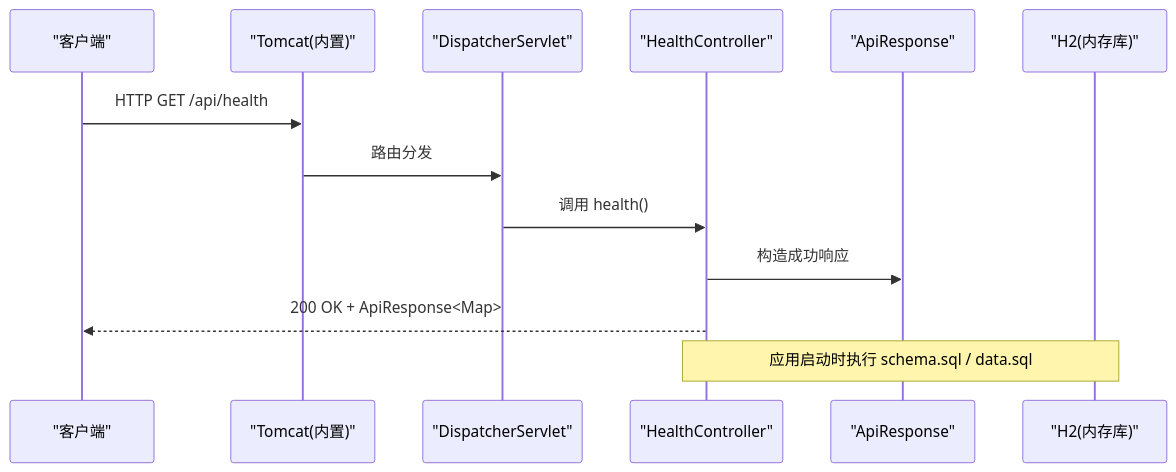
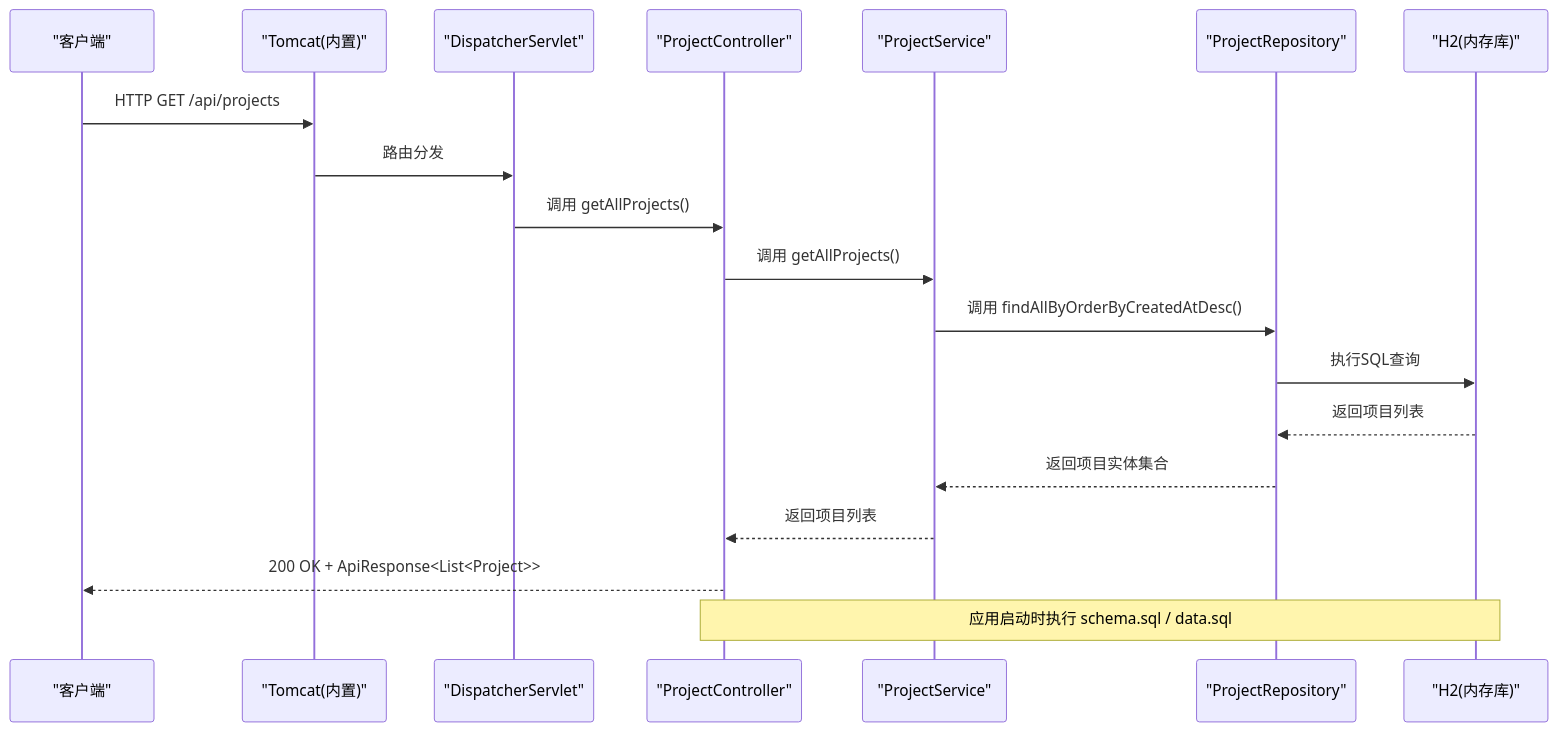
Before and after one commit to zhou9832/test1-qoder: the second of 10 diagrams in .qoder/repowiki/zh/content/后端架构/后端架构.md, drawn with Mermaid. The commit also changed other lines of this file and 48 other files, not shown here.

````diff
--- a/.qoder/repowiki/zh/content/后端架构/后端架构.md
+++ b/.qoder/repowiki/zh/content/后端架构/后端架构.md
@@ -75,15 +108,21 @@
 ```mermaid
 sequenceDiagram
 participant Client as "客户端"
 participant Tomcat as "Tomcat(内置)"
 participant Dispatcher as "DispatcherServlet"
-participant Controller as "HealthController"
-participant Resp as "ApiResponse"
+participant Controller as "ProjectController"
+participant Service as "ProjectService"
+participant Repository as "ProjectRepository"
 participant DB as "H2(内存库)"
-Client->>Tomcat : HTTP GET /api/health
+Client->>Tomcat : HTTP GET /api/projects
 Tomcat->>Dispatcher : 路由分发
-Dispatcher->>Controller : 调用 health()
-Controller->>Resp : 构造成功响应
-Controller-->>Client : 200 OK + ApiResponse<Map>
+Dispatcher->>Controller : 调用 getAllProjects()
+Controller->>Service : 调用 getAllProjects()
+Service->>Repository : 调用 findAllByOrderByCreatedAtDesc()
+Repository->>DB : 执行SQL查询
+DB-->>Repository : 返回项目列表
+Repository-->>Service : 返回项目实体集合
+Service-->>Controller : 返回项目列表
+Controller-->>Client : 200 OK + ApiResponse<List<Project>>
 Note over DB,Controller : 应用启动时执行 schema.sql / data.sql
 ```
````
